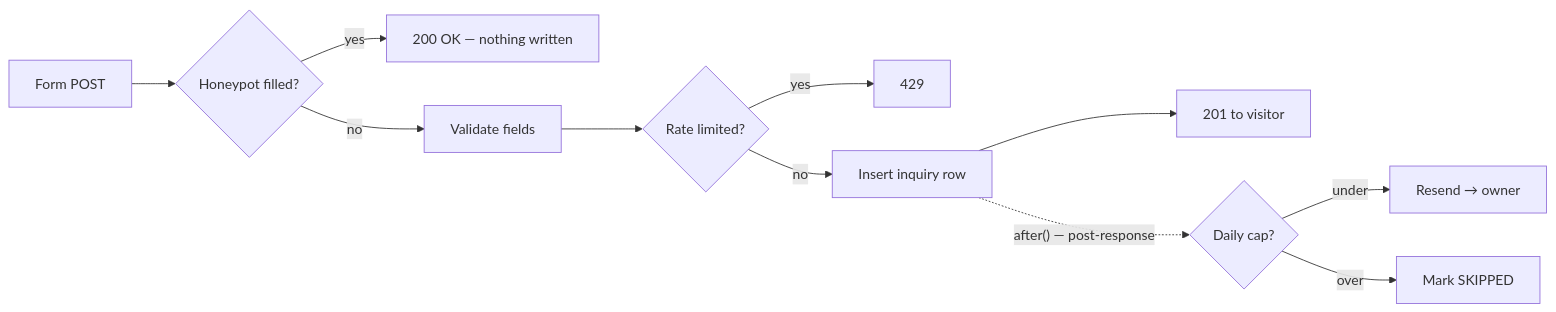
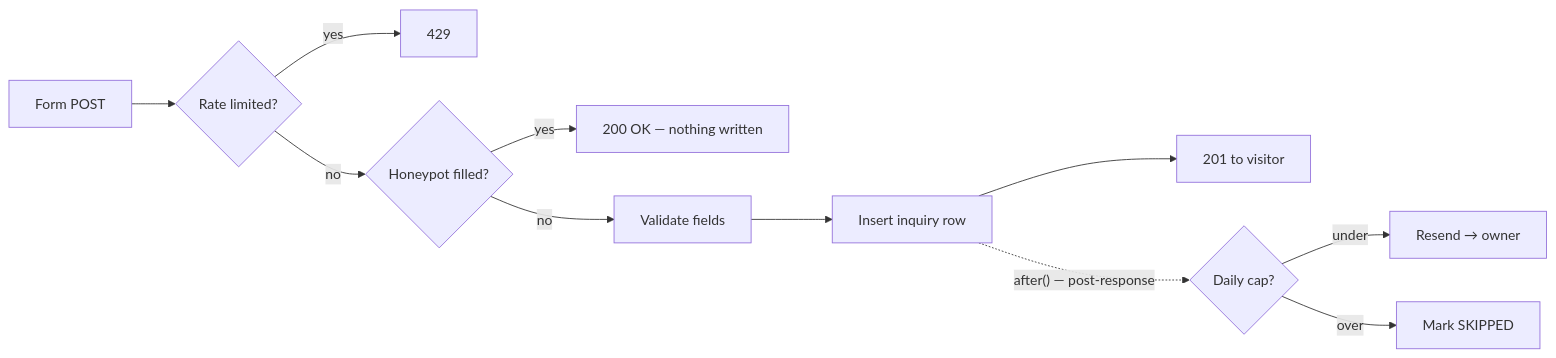
One commit to sbh111/saadbhatti.studio changed the fifth of 9 diagrams in docs/system-overview.md. Above: the diagram before and after it, drawn with Mermaid. The commit also changed other lines of this file and 10 other files, not shown here.

````diff
--- a/docs/system-overview.md
+++ b/docs/system-overview.md
@@ -183,13 +183,13 @@
 ```mermaid
 flowchart LR
-    F["Form POST"] --> HP{"Honeypot filled?"}
+    F["Form POST"] --> RL{"Rate limited?"}
+    RL -->|yes| R429["429"]
+    RL -->|no| HP{"Honeypot filled?"}
     HP -->|yes| FAKE["200 OK — nothing written"]
     HP -->|no| VAL["Validate fields"]
-    VAL --> RL{"Rate limited?"}
-    RL -->|yes| R429["429"]
-    RL -->|no| ROW["Insert inquiry row"]
+    VAL --> ROW["Insert inquiry row"]
     ROW --> R201["201 to visitor"]
     ROW -.->|"after() — post-response"| CAP{"Daily cap?"}
     CAP -->|under| SEND["Resend → owner"]
     CAP -->|over| SKIP["Mark SKIPPED"]
 ```
````
